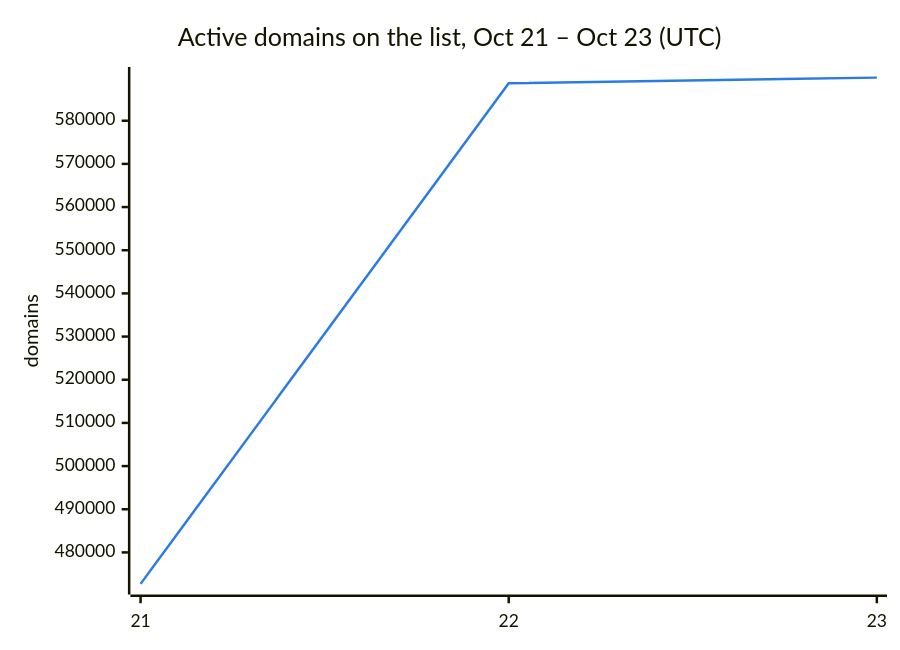
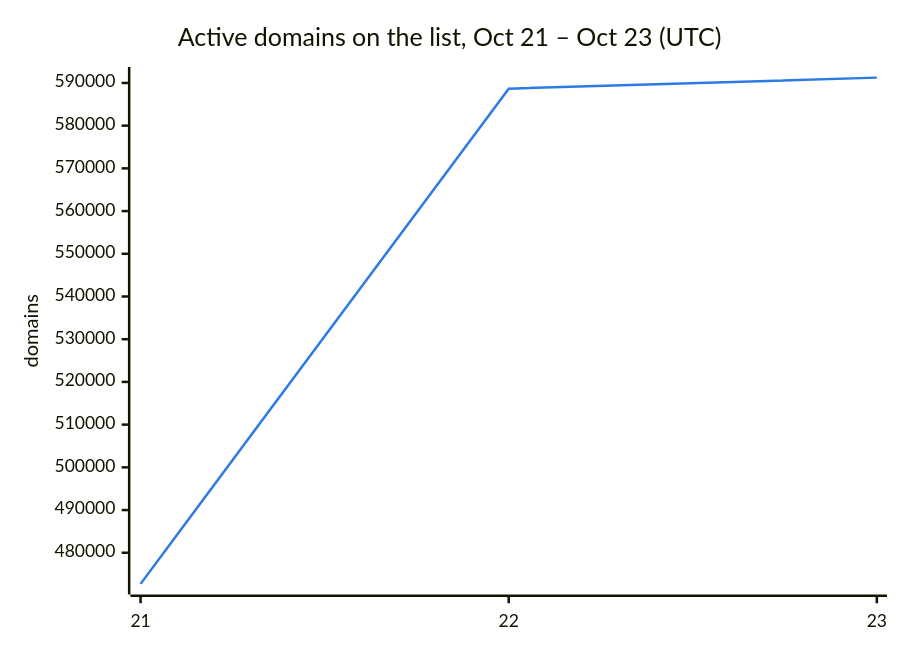
Before and after one commit to DNSBunker/CTI: the second of 3 diagrams in README.md, drawn with Mermaid. The commit also changed other lines of this file and 3 other files, not shown here.

````diff
--- a/README.md
+++ b/README.md
@@ -38,8 +38,8 @@
 ```mermaid
 %%{init: {"themeVariables": {"xyChart": {"plotColorPalette": "#2c7be5"}}}}%%
 xychart-beta
     title "Active domains on the list, Oct 21 – Oct 23 (UTC)"
     x-axis ["21", "22", "23"]
     y-axis "domains"
-    line [472713, 588659, 589984]
+    line [472713, 588659, 591247]
 ```
````
